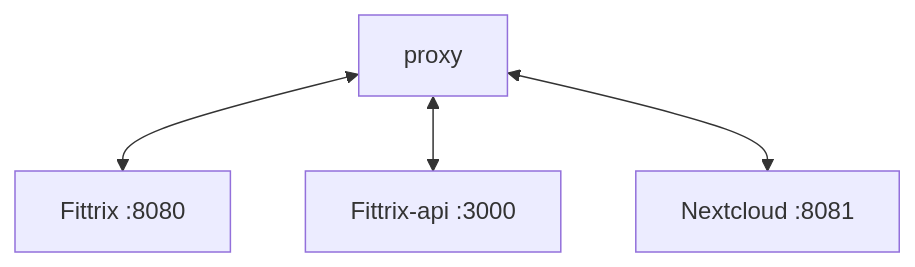
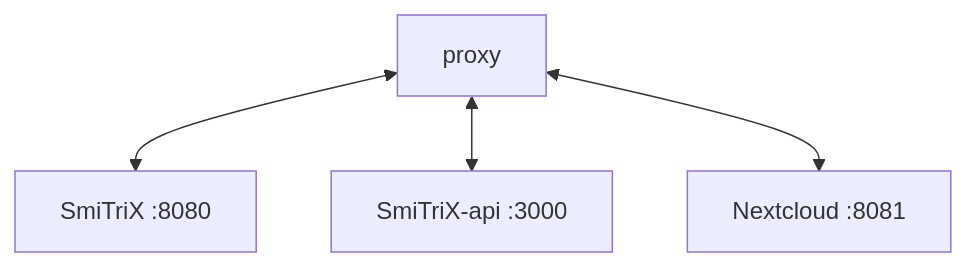
Before and after one commit to SmitroniX/Fittrix: the second of 2 diagrams in docs/SELF_HOSTING_HTTPS.md, drawn with Mermaid. The commit also changed other lines of this file and 182 other files, not shown here.

Commit message:
chore: rename project from Fittrix to SmiTriX

````diff
--- a/docs/SELF_HOSTING_HTTPS.md
+++ b/docs/SELF_HOSTING_HTTPS.md
@@ -59,7 +59,7 @@
 ```mermaid
 graph TD
     A[proxy]
-    A <-->B[Fittrix :8080]
-    A <-->C[Fittrix-api :3000]
+    A <-->B[SmiTriX :8080]
+    A <-->C[SmiTriX-api :3000]
     A <-->D[Nextcloud :8081]
 ```
````
